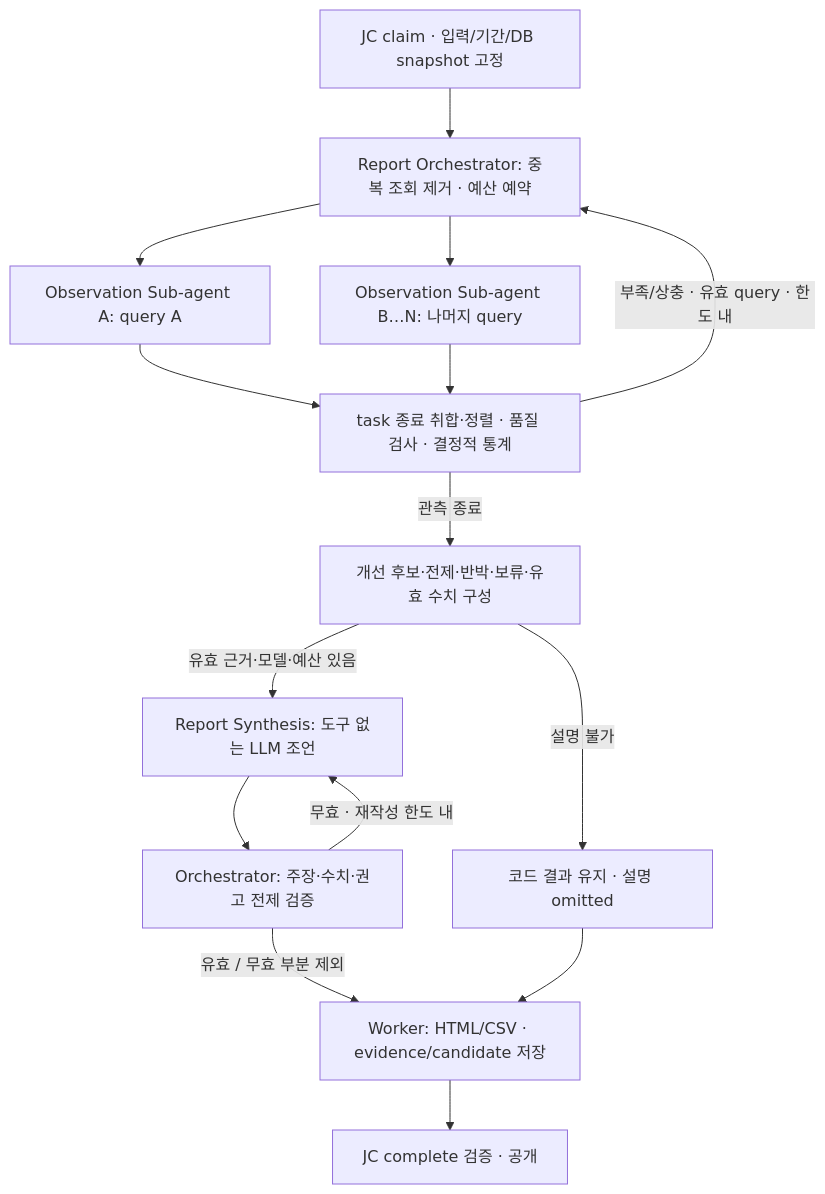
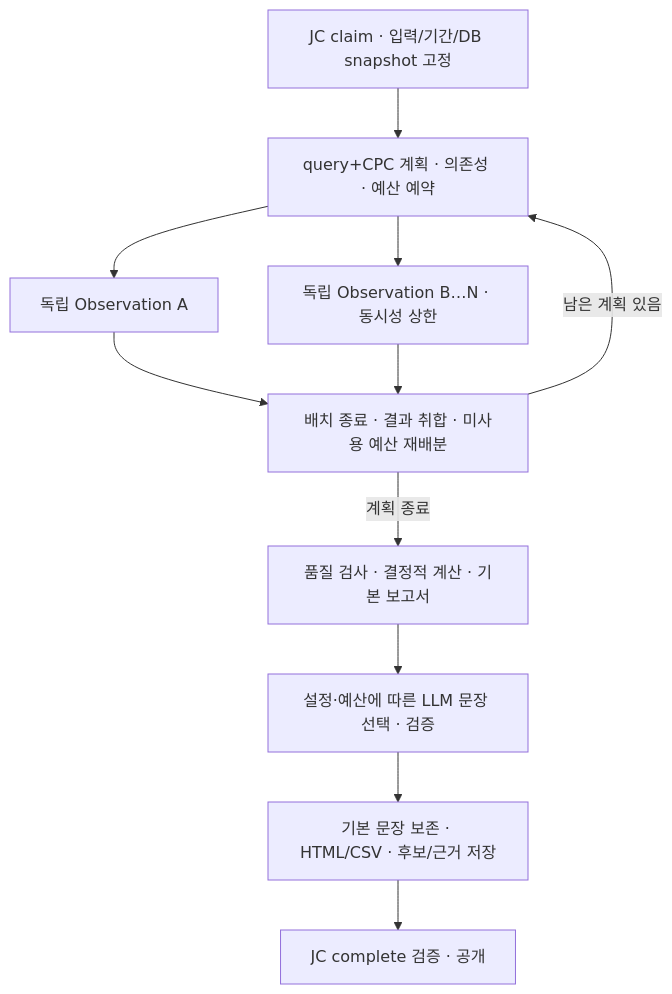
Before and after one commit to uclix-nvidia-sw/gpu-ops-advisor: the diagram in docs/specs/ops-agent/12_보고서_Agent_모듈_설계서.md, drawn with Mermaid. The commit also changed other lines of this file and 17 other files, not shown here.

Commit message:
feat: parallelize planned report observations / 보고서 계획 기반 병렬 관측 구현

````diff
--- a/docs/specs/ops-agent/12_보고서_Agent_모듈_설계서.md
+++ b/docs/specs/ops-agent/12_보고서_Agent_모듈_설계서.md
@@ -145,17 +146,13 @@
 ```mermaid
 flowchart TD
-    A["JC claim · 입력/기간/DB snapshot 고정"] --> B["Report Orchestrator: 중복 조회 제거 · 예산 예약"]
-    B --> C["Observation Sub-agent A: query A"]
-    B --> D["Observation Sub-agent B…N: 나머지 query"]
-    C --> E["task 종료 취합·정렬 · 품질 검사 · 결정적 통계"]
+    A["JC claim · 입력/기간/DB snapshot 고정"] --> B["query+CPC 계획 · 의존성 · 예산 예약"]
+    B --> C["독립 Observation A"]
+    B --> D["독립 Observation B…N · 동시성 상한"]
+    C --> E["배치 종료 · 결과 취합 · 미사용 예산 재배분"]
     D --> E
-    E -- "부족/상충 · 유효 query · 한도 내" --> B
-    E -- "관측 종료" --> F["개선 후보·전제·반박·보류·유효 수치 구성"]
-    F -- "유효 근거·모델·예산 있음" --> G["Report Synthesis: 도구 없는 LLM 조언"]
-    F -- "설명 불가" --> H["코드 결과 유지 · 설명 omitted"]
-    G --> I["Orchestrator: 주장·수치·권고 전제 검증"]
-    I -- "무효 · 재작성 한도 내" --> G
-    I -- "유효 / 무효 부분 제외" --> J["Worker: HTML/CSV · evidence/candidate 저장"]
-    H --> J
-    J --> K["JC complete 검증 · 공개"]
+    E -- "남은 계획 있음" --> B
+    E -- "계획 종료" --> F["품질 검사 · 결정적 계산 · 기본 보고서"]
+    F --> G["설정·예산에 따른 LLM 문장 선택 · 검증"]
+    G --> H["기본 문장 보존 · HTML/CSV · 후보/근거 저장"]
+    H --> I["JC complete 검증 · 공개"]
 ```
````
